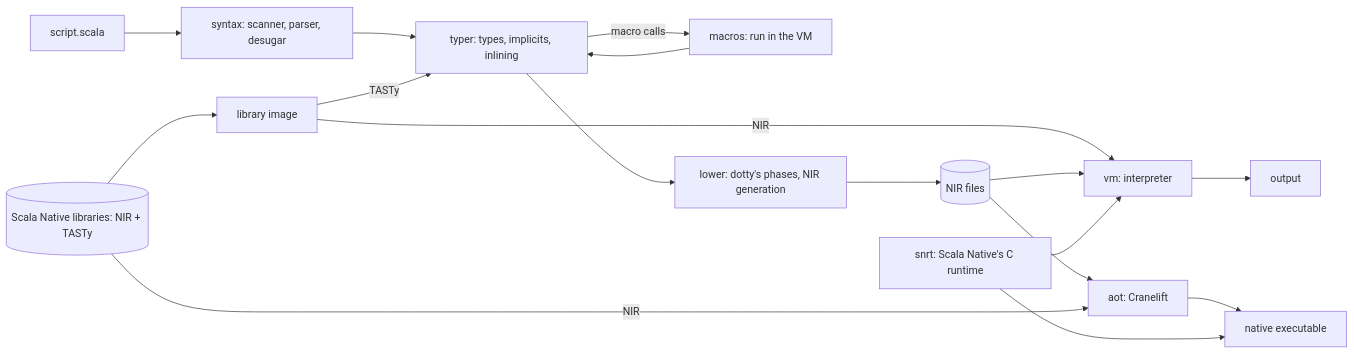
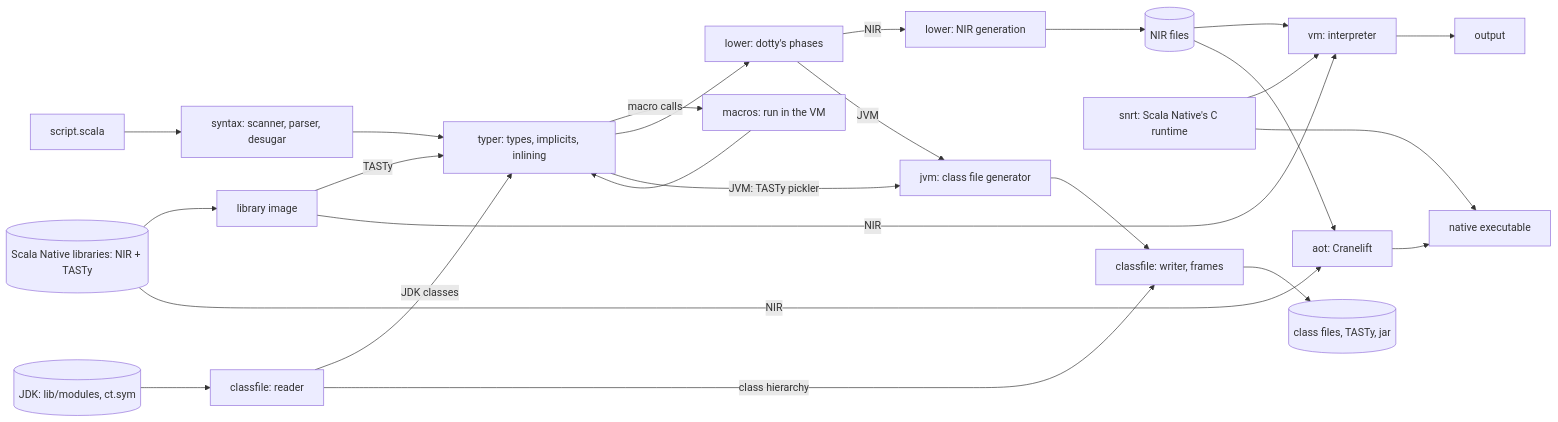
Before and after one commit to reactivecore/scivolo: the diagram in README.md, drawn with Mermaid. The commit also changed other lines of this file and 5 other files, not shown here.

Commit message:
Docs: JVM backend alongside the NIR path

````diff
--- a/README.md
+++ b/README.md
@@ -141,17 +163,22 @@
 ```mermaid
 flowchart LR
   src[script.scala] --> syntax[syntax: scanner, parser, desugar]
   syntax --> typer[typer: types, implicits, inlining]
   typer -->|macro calls| macros[macros: run in the VM]
   macros --> typer
-  typer --> lower[lower: dotty's phases, NIR generation]
-  lower --> nir[(NIR files)]
+  typer --> lower[lower: dotty's phases]
+  lower -->|NIR| nirgen[lower: NIR generation] --> nir[(NIR files)]
   libs[(Scala Native libraries: NIR + TASTy)] --> image[library image]
   image -->|TASTy| typer
   image -->|NIR| vm
   nir --> vm[vm: interpreter] --> out[output]
   nir --> aot[aot: Cranelift] --> exe[native executable]
   libs -->|NIR| aot
   rt[snrt: Scala Native's C runtime] --> vm
   rt --> exe
+  typer -->|JVM: TASTy pickler| jvm
+  lower -->|JVM| jvm[jvm: class file generator] --> cf[classfile: writer, frames] --> jar[(class files, TASTy, jar)]
+  jdk[(JDK: lib/modules, ct.sym)] --> rd[classfile: reader]
+  rd -->|JDK classes| typer
+  rd -->|class hierarchy| cf
 ```
````
